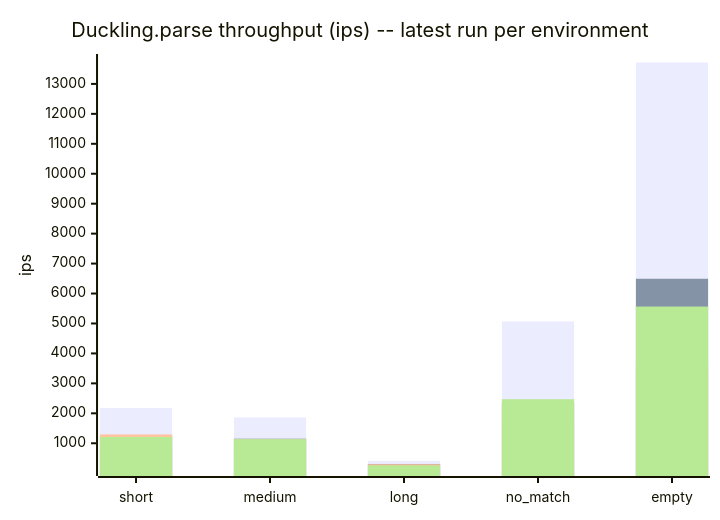
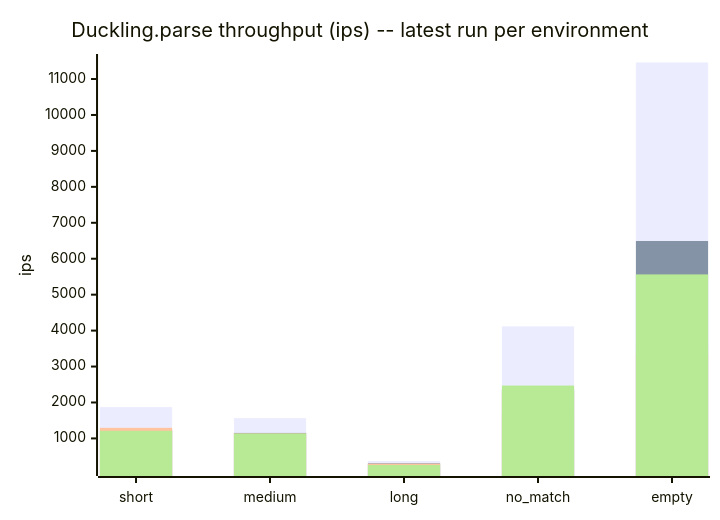
Before and after one commit to cpb/duckling: the sixth of 7 diagrams in docs/benchmarks/README.md, drawn with Mermaid. The commit also changed other lines of this file and 1 other file, not shown here.

Commit message:
Record github-actions benchmark for PR #102 branch issue-96/rebase-and-re-implement-85-s-dst-aware-reference-z [benchmark-record]

````diff
--- a/docs/benchmarks/README.md
+++ b/docs/benchmarks/README.md
@@ -211,11 +211,11 @@
 ```mermaid
 xychart-beta
     title "Duckling.parse throughput (ips) -- latest run per environment"
     x-axis [short, medium, long, no_match, empty]
     y-axis "ips"
-    bar "github-actions" [2179.5, 1863.2, 412.0, 5068.6, 13714.8]
+    bar "github-actions" [1871.6, 1564.7, 368.4, 4117.3, 11459.9]
     bar "claude-code-web" [1228.1, 1152.8, 308.1, 2368.1, 6493.4]
     bar "local-3.3" [1294.7, 1136.9, 298.4, 2307.3, 3347.9]
     bar "local-3.4" [793.1, 773.6, 190.9, 1677.7, 3595.0]
     bar "local-4.0" [1211.9, 1136.8, 261.7, 2470.9, 5564.1]
 ```
````
